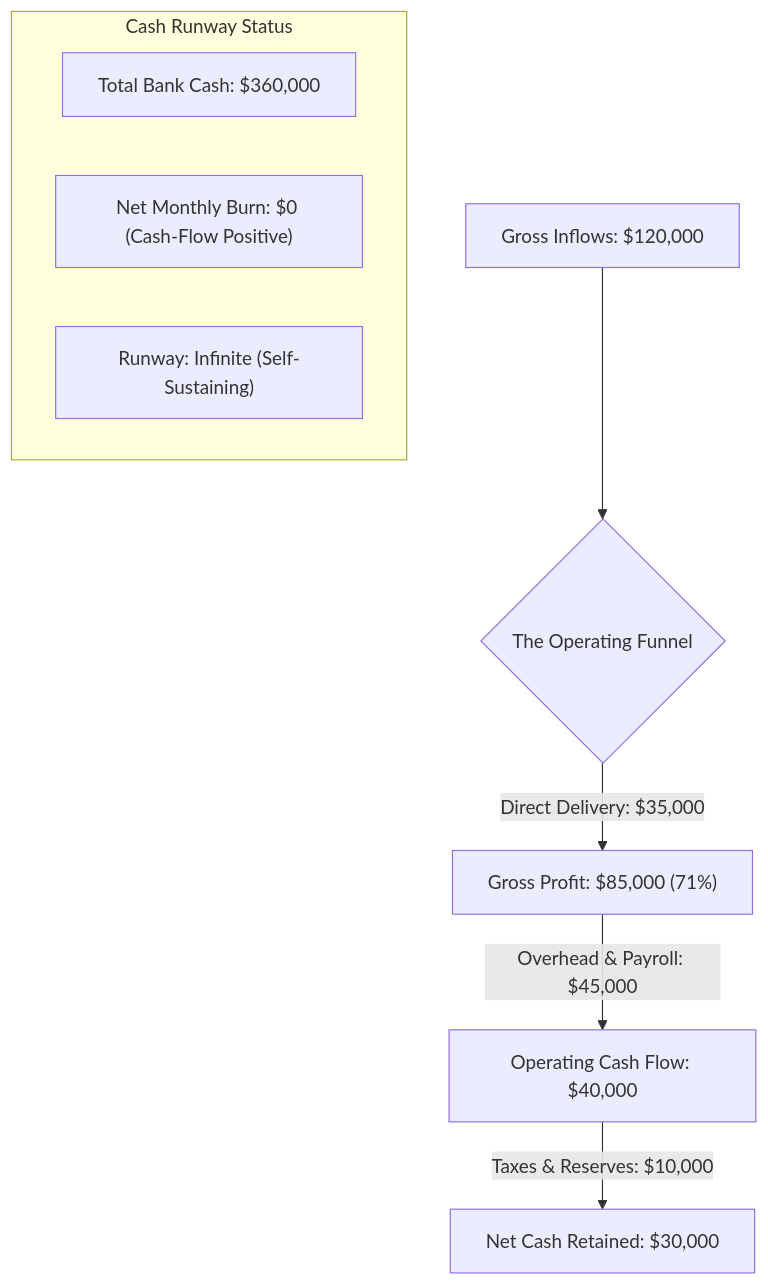
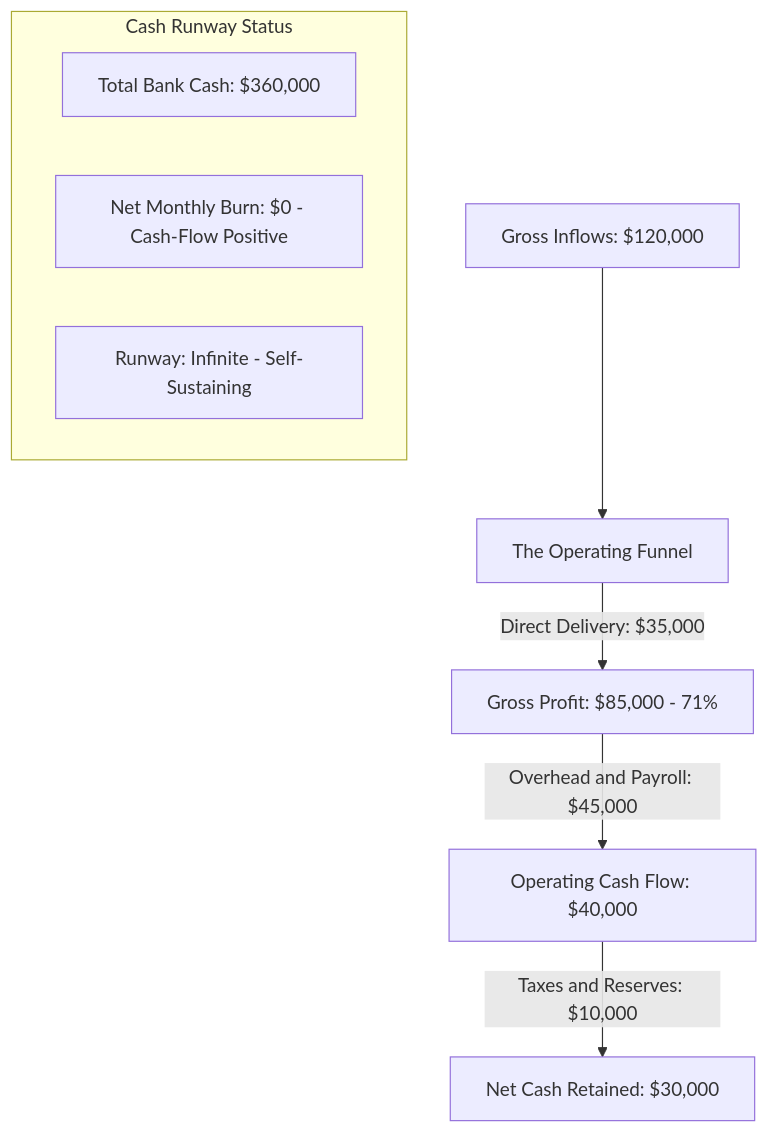
The diagram in skills/dx-read/templates/financial_conversational_digest.md (sounny/dxskills), drawn with Mermaid before and after one commit. The commit also changed 3 other files, not shown here.

Commit message:
Fix Mermaid syntax formatting in finance digest and add root conftest for pytest

````diff
--- a/skills/dx-read/templates/financial_conversational_digest.md
+++ b/skills/dx-read/templates/financial_conversational_digest.md
@@ -22,13 +22,13 @@
 ```mermaid
 graph TD
-    A["Gross Inflows: $120,000"] --> B{"The Operating Funnel"}
-    B -->|"Direct Delivery: $35,000"| C["Gross Profit: $85,000 (71%)"]
-    C -->|"Overhead & Payroll: $45,000"| D["Operating Cash Flow: $40,000"]
-    D -->|"Taxes & Reserves: $10,000"| E["Net Cash Retained: $30,000"]
+    A["Gross Inflows: $120,000"] --> B["The Operating Funnel"]
+    B -->|Direct Delivery: $35,000| C["Gross Profit: $85,000 - 71%"]
+    C -->|Overhead and Payroll: $45,000| D["Operating Cash Flow: $40,000"]
+    D -->|Taxes and Reserves: $10,000| E["Net Cash Retained: $30,000"]
     
     subgraph Runway ["Cash Runway Status"]
         F["Total Bank Cash: $360,000"]
-        G["Net Monthly Burn: $0 (Cash-Flow Positive)"]
-        H["Runway: Infinite (Self-Sustaining)"]
+        G["Net Monthly Burn: $0 - Cash-Flow Positive"]
+        H["Runway: Infinite - Self-Sustaining"]
     end
 ```
````
